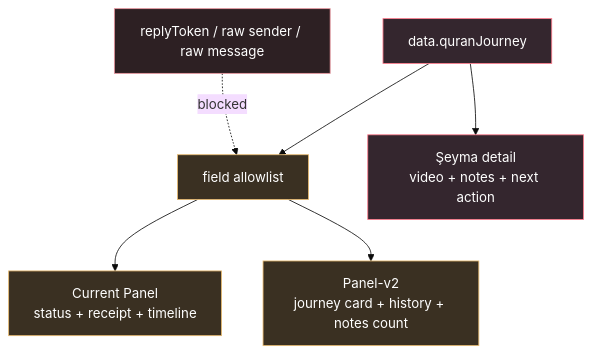
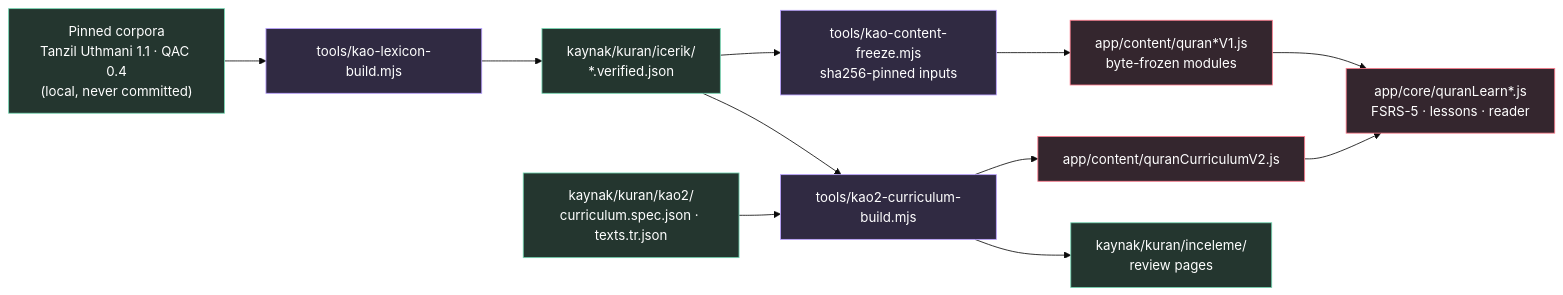
One commit to mustafaras/s changed the sixth of 7 diagrams in README.md. Above: the diagram before and after it, drawn with Mermaid (base theme). The commit also changed other lines of this file and 6 other files, not shown here.

````diff
--- a/README.md
+++ b/README.md
@@ -995,14 +541,20 @@
 ```mermaid
-flowchart TB
-    Q["data.quranJourney"] --> F["field allowlist"]
-    F --> P1["Current Panel<br/>status + receipt + timeline"]
-    F --> P2["Panel-v2<br/>journey card + history + notes count"]
-    Q --> APP["Şeyma detail<br/>video + notes + next action"]
-    SECRET["replyToken / raw sender / raw message"] -. blocked .-> F
-    classDef state fill:#34262e,stroke:#ff7c8d,color:#fff;
-    classDef view fill:#3a3022,stroke:#e9bb70,color:#fff;
-    classDef blocked fill:#2d2023,stroke:#e8959e,color:#fff;
-    class Q,APP state;
-    class F,P1,P2 view;
-    class SECRET blocked;
+flowchart LR
+    IN["Pinned corpora<br/>Tanzil Uthmani 1.1 · QAC 0.4<br/>(local, never committed)"] --> LEX["tools/kao-lexicon-build.mjs"]
+    LEX --> VER["kaynak/kuran/icerik/<br/>*.verified.json"]
+    SPEC["kaynak/kuran/kao2/<br/>curriculum.spec.json · texts.tr.json"] --> CUR["tools/kao2-curriculum-build.mjs"]
+    VER --> FRZ["tools/kao-content-freeze.mjs<br/>sha256-pinned inputs"]
+    FRZ --> MODS["app/content/quran*V1.js<br/>byte-frozen modules"]
+    VER --> CUR
+    CUR --> CMOD["app/content/quranCurriculumV2.js"]
+    CUR --> REV["kaynak/kuran/inceleme/<br/>review pages"]
+    MODS --> RT["app/core/quranLearn*.js<br/>FSRS-5 · lessons · reader"]
+    CMOD --> RT
+
+    classDef src fill:#24362f,stroke:#73d6b2,color:#fff;
+    classDef tool fill:#302a42,stroke:#b9a0ff,color:#fff;
+    classDef out fill:#34262e,stroke:#ff7c8d,color:#fff;
+    class IN,VER,SPEC,REV src;
+    class LEX,CUR,FRZ tool;
+    class MODS,CMOD,RT out;
 ```
````
